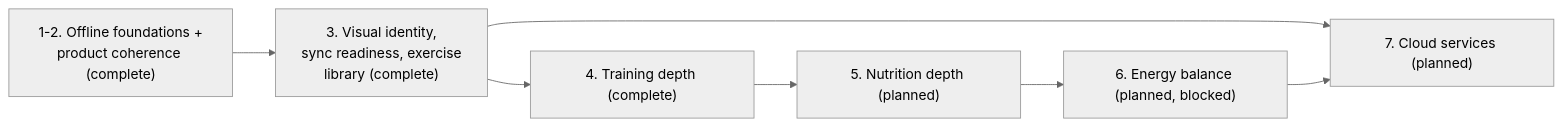
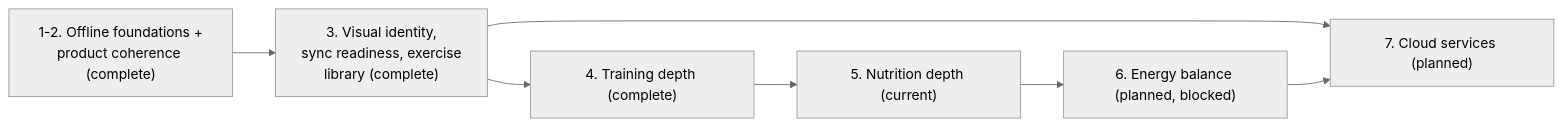
The diagram in docs/product-roadmap.md (ericjayvirtucio/fitness-app), drawn with Mermaid (neutral theme) before and after one commit. The commit also changed other lines of this file and 6 other files, not shown here.

````diff
--- a/docs/product-roadmap.md
+++ b/docs/product-roadmap.md
@@ -65,9 +65,9 @@
 ```mermaid
 flowchart LR
     A["1-2. Offline foundations +\nproduct coherence (complete)"] --> B["3. Visual identity,\nsync readiness, exercise\nlibrary (complete)"]
     B --> D["4. Training depth (complete)"]
-    D --> E["5. Nutrition depth (planned)"]
+    D --> E["5. Nutrition depth (current)"]
     E --> F["6. Energy balance (planned, blocked)"]
     B --> G["7. Cloud services (planned)"]
     F --> G
 ```
````
